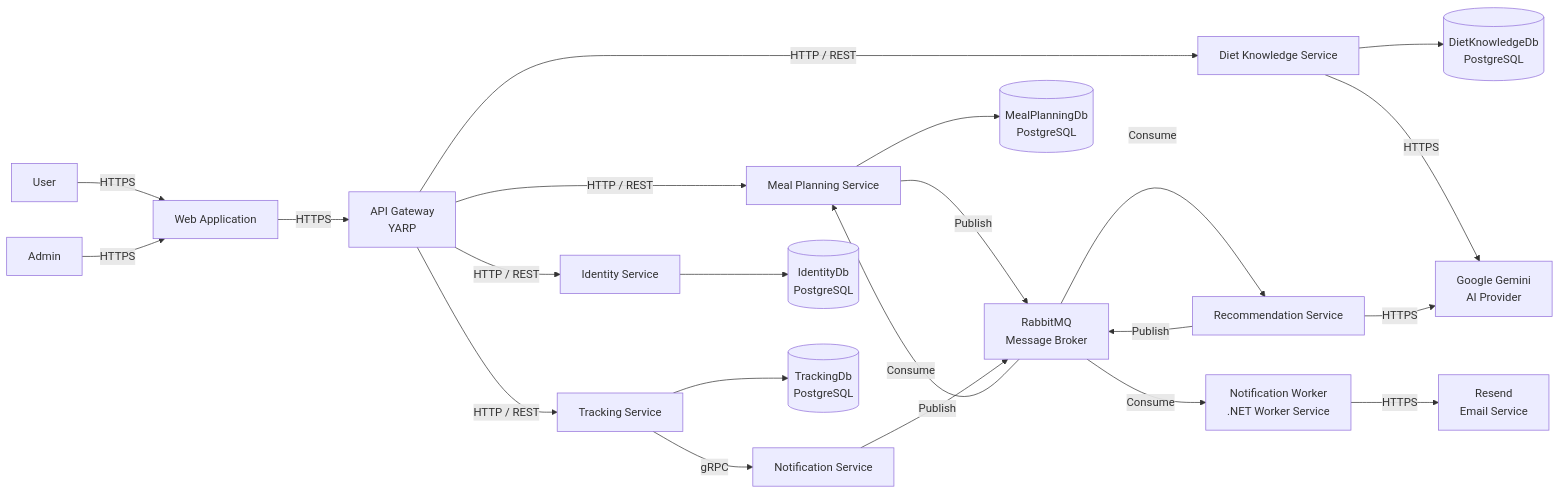
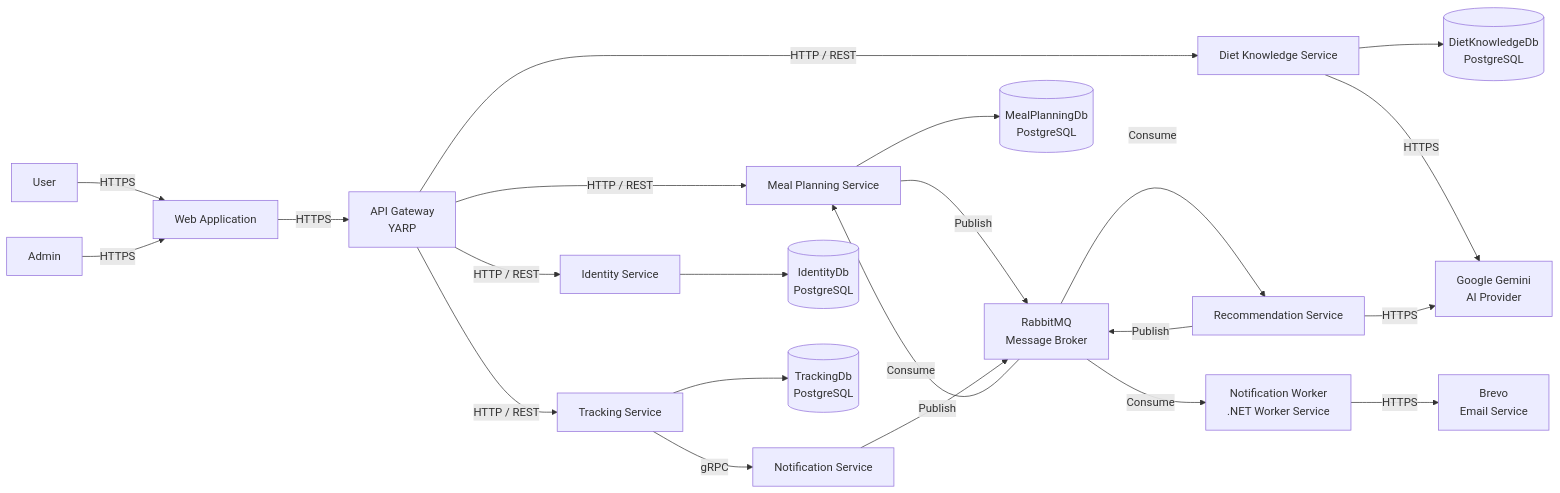
The diagram in docs/c4/C1-Internal-Architecture.md (HAIANH29/PRN232_ASM_PROJECT), drawn with Mermaid before and after one commit. The commit also changed 21 other files, not shown here.

First line of the commit message:
Switch email provider from Resend to Brevo

````diff
--- a/docs/c4/C1-Internal-Architecture.md
+++ b/docs/c4/C1-Internal-Architecture.md
@@ -3,49 +3,49 @@
 ```mermaid
 flowchart LR
     User[User]
     Admin[Admin]
     Web[Web Application]
     Gateway[API Gateway\nYARP]
 
     Identity[Identity Service]
     Diet[Diet Knowledge Service]
     Meal[Meal Planning Service]
     Tracking[Tracking Service]
     Recommendation[Recommendation Service]
     Notification[Notification Service]
     Worker[Notification Worker\n.NET Worker Service]
     Rabbit[RabbitMQ\nMessage Broker]
 
     IdentityDb[(IdentityDb\nPostgreSQL)]
     DietDb[(DietKnowledgeDb\nPostgreSQL)]
     MealDb[(MealPlanningDb\nPostgreSQL)]
     TrackingDb[(TrackingDb\nPostgreSQL)]
     Gemini[Google Gemini\nAI Provider]
-    Resend[Resend\nEmail Service]
+    Brevo[Brevo\nEmail Service]
 
     User -->|HTTPS| Web
     Admin -->|HTTPS| Web
     Web -->|HTTPS| Gateway
 
     Gateway -->|HTTP / REST| Identity
     Gateway -->|HTTP / REST| Diet
     Gateway -->|HTTP / REST| Meal
     Gateway -->|HTTP / REST| Tracking
 
     Identity --> IdentityDb
     Diet --> DietDb
     Diet -->|HTTPS| Gemini
     Meal --> MealDb
     Tracking --> TrackingDb
 
     Meal -->|Publish| Rabbit
     Rabbit -->|Consume| Recommendation
     Recommendation -->|HTTPS| Gemini
     Recommendation -->|Publish| Rabbit
     Rabbit -->|Consume| Meal
 
     Tracking -->|gRPC| Notification
     Notification -->|Publish| Rabbit
     Rabbit -->|Consume| Worker
-    Worker -->|HTTPS| Resend
+    Worker -->|HTTPS| Brevo
 ```
````
